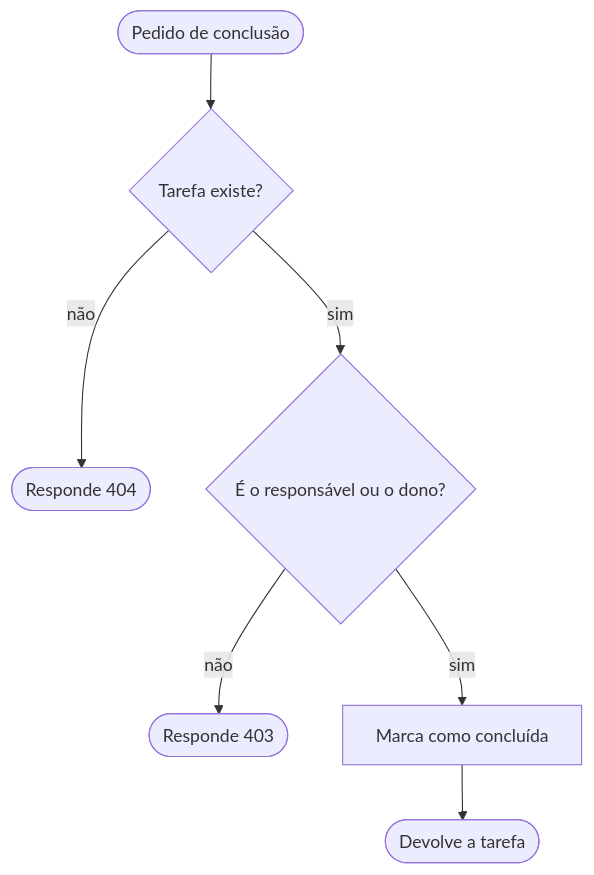
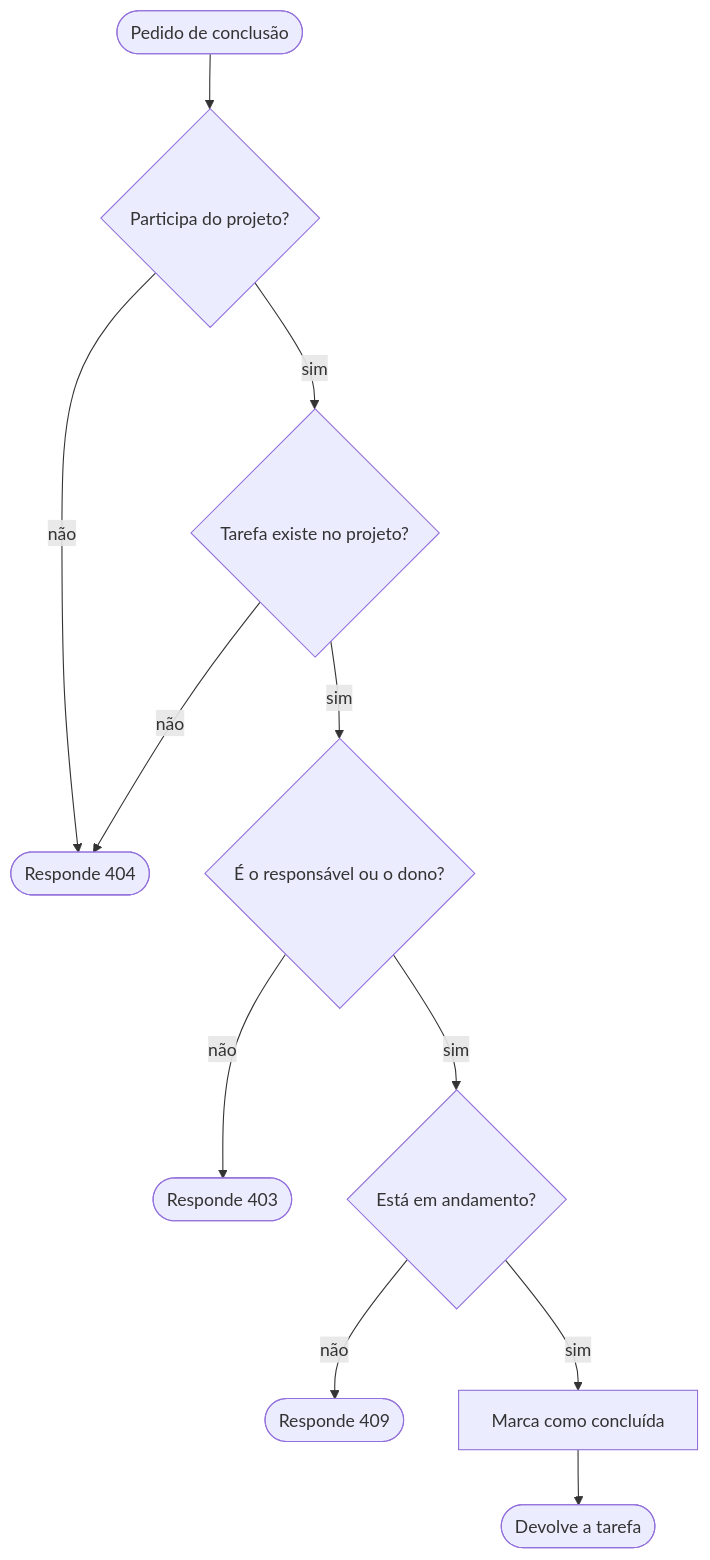
The second of 2 diagrams in docs/capitulos/03_especificacao_requisitos.md (lambdageo-edu/book-engenharia-de-software), drawn with Mermaid before and after one commit. The commit also changed other lines of this file and 6 other files, not shown here.

````diff
--- a/docs/capitulos/03_especificacao_requisitos.md
+++ b/docs/capitulos/03_especificacao_requisitos.md
@@ -162,9 +163,13 @@
 ```mermaid
 flowchart TD
-    inicio([Pedido de conclusão]) --> existe{Tarefa existe?}
-    existe -- não --> e404([Responde 404])
+    inicio([Pedido de conclusão]) --> membro{Participa do projeto?}
+    membro -- não --> e404([Responde 404])
+    membro -- sim --> existe{Tarefa existe no projeto?}
+    existe -- não --> e404
     existe -- sim --> pode{É o responsável ou o dono?}
     pode -- não --> e403([Responde 403])
-    pode -- sim --> marca[Marca como concluída]
+    pode -- sim --> estado{Está em andamento?}
+    estado -- não --> e409([Responde 409])
+    estado -- sim --> marca[Marca como concluída]
     marca --> ok([Devolve a tarefa])
 ```
````
